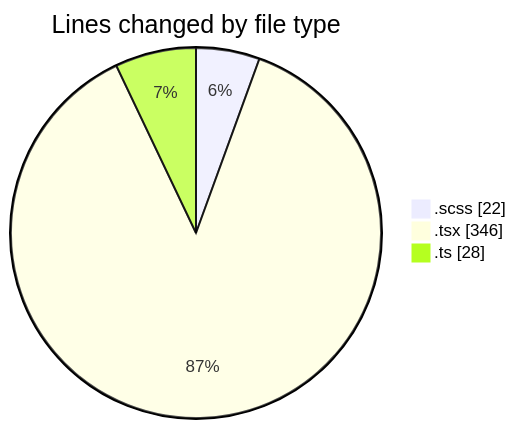
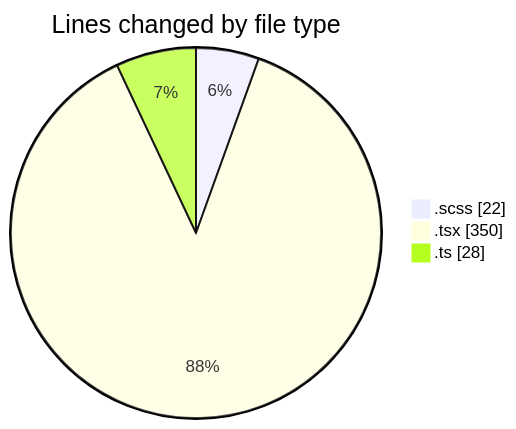
Before and after one commit to momahboobian/code-tracking: the first of 2 diagrams in 2025-02-10/cda/README.md, drawn with Mermaid. The commit also changed other lines of this file and 1 other file, not shown here.

````diff
--- a/2025-02-10/cda/README.md
+++ b/2025-02-10/cda/README.md
@@ -24,7 +24,7 @@
 ```mermaid
 pie showData
 title Lines changed by file type
 ".scss" : 22
-".tsx" : 346
+".tsx" : 350
 ".ts" : 28
 ```
````
